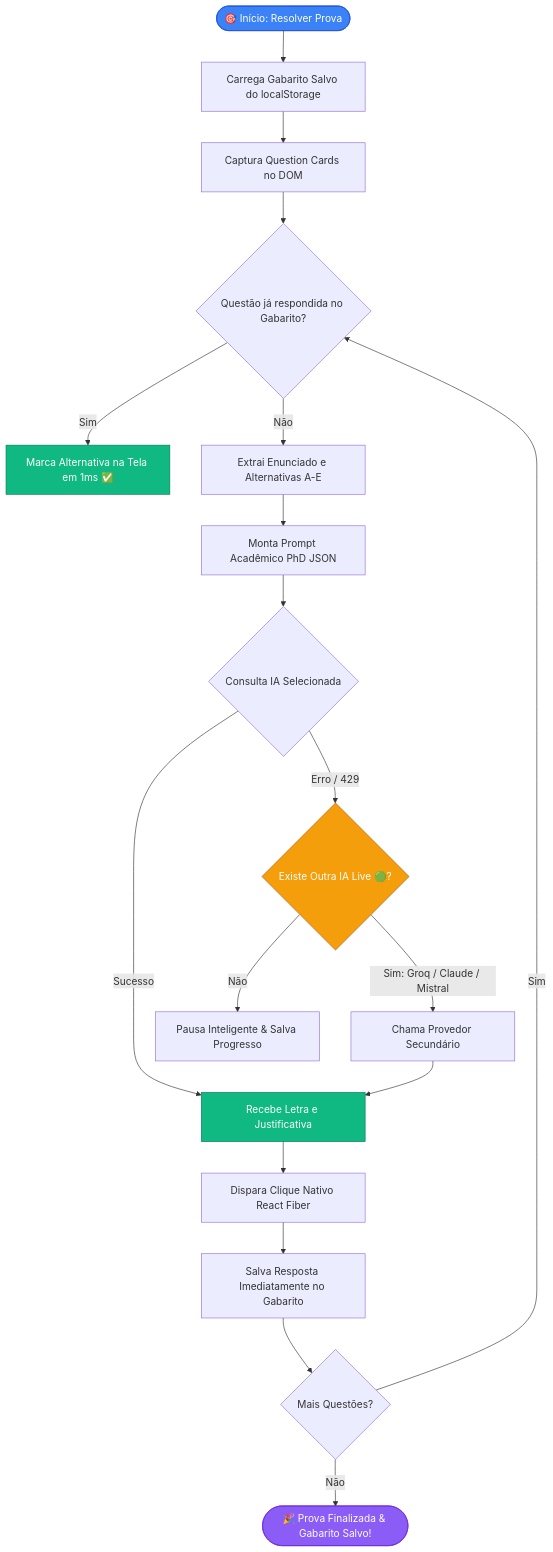
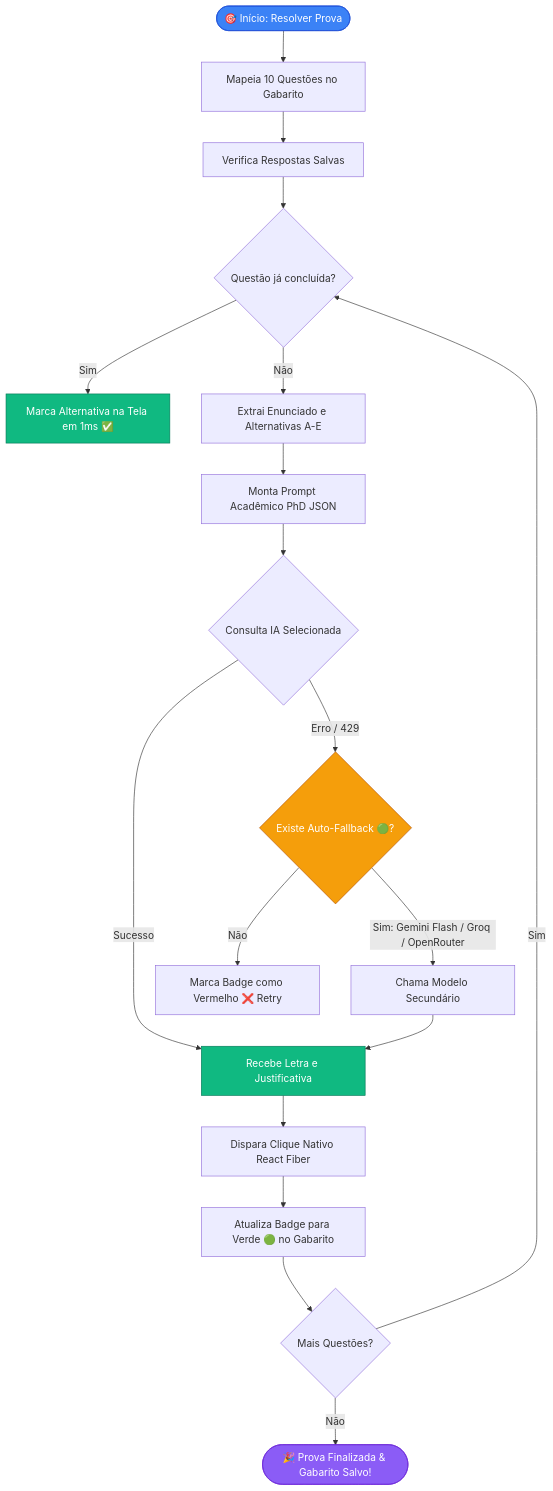
One commit to m3coder/estragacio changed the first of 2 diagrams in README.md. Above: the diagram before and after it, drawn with Mermaid. The commit also changed other lines of this file and 21 other files, not shown here.

Commit message:
feat: release v2.5.5 - 10-question visual tracker, 1-click retry/review, apply gabarito (0 AI), free/paid toggle and animated cat mascot

````diff
--- a/README.md
+++ b/README.md
@@ -60,29 +54,29 @@
 ```mermaid
 flowchart TD
-    A([🎯 Início: Resolver Prova]) --> B[Carrega Gabarito Salvo do localStorage]
-    B --> C[Captura Question Cards no DOM]
-    C --> D{Questão já respondida no Gabarito?}
+    A([🎯 Início: Resolver Prova]) --> B[Mapeia 10 Questões no Gabarito]
+    B --> C[Verifica Respostas Salvas]
+    C --> D{Questão já concluída?}
     
     D -- Sim --> E[Marca Alternativa na Tela em 1ms ✅]
     D -- Não --> F[Extrai Enunciado e Alternativas A-E]
     F --> G[Monta Prompt Acadêmico PhD JSON]
     G --> H{Consulta IA Selecionada}
     
     H -- Sucesso --> I[Recebe Letra e Justificativa]
-    H -- Erro / 429 --> J{Existe Outra IA Live 🟢?}
-    J -- Sim: Groq / Claude / Mistral --> K[Chama Provedor Secundário]
+    H -- Erro / 429 --> J{Existe Auto-Fallback 🟢?}
+    J -- Sim: Gemini Flash / Groq / OpenRouter --> K[Chama Modelo Secundário]
     K --> I
-    J -- Não --> L[Pausa Inteligente & Salva Progresso]
+    J -- Não --> L[Marca Badge como Vermelho ❌ Retry]
     
     I --> M[Dispara Clique Nativo React Fiber]
-    M --> N[Salva Resposta Imediatamente no Gabarito]
+    M --> N[Atualiza Badge para Verde 🟢 no Gabarito]
     N --> O{Mais Questões?}
     O -- Sim --> D
     O -- Não --> P([🎉 Prova Finalizada & Gabarito Salvo!])
 
     style A fill:#3b82f6,stroke:#1d4ed8,color:#fff
     style E fill:#10b981,stroke:#047857,color:#fff
     style I fill:#10b981,stroke:#047857,color:#fff
     style J fill:#f59e0b,stroke:#b45309,color:#fff
     style P fill:#8b5cf6,stroke:#6d28d9,color:#fff
 ```
````
